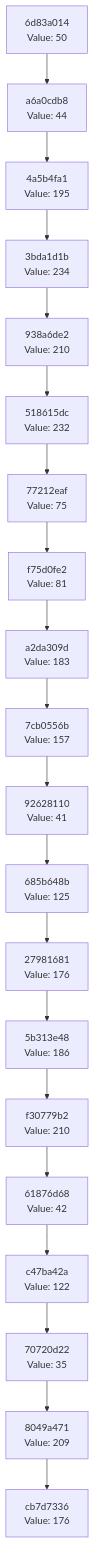
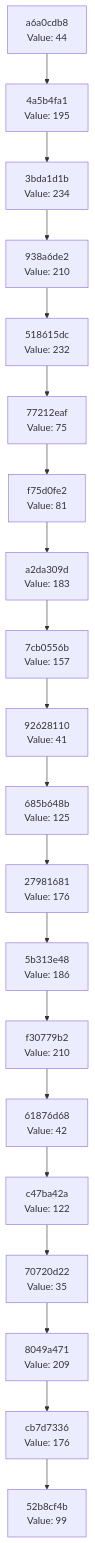
The diagram in docs/CHAIN_VISUALIZATION.md (Abhisheksinha1506/hash-chain-evolver), drawn with Mermaid before and after one commit. The commit also changed 2 other files, not shown here.

Commit message:
Evolution Step

````diff
--- a/docs/CHAIN_VISUALIZATION.md
+++ b/docs/CHAIN_VISUALIZATION.md
@@ -3,42 +3,42 @@
 ```mermaid
 graph TD
-    C0["cb7d7336<br/>Value: 176"]
-    C1["8049a471<br/>Value: 209"]
+    C0["52b8cf4b<br/>Value: 99"]
+    C1["cb7d7336<br/>Value: 176"]
     C1 --> C0
-    C2["70720d22<br/>Value: 35"]
+    C2["8049a471<br/>Value: 209"]
     C2 --> C1
-    C3["c47ba42a<br/>Value: 122"]
+    C3["70720d22<br/>Value: 35"]
     C3 --> C2
-    C4["61876d68<br/>Value: 42"]
+    C4["c47ba42a<br/>Value: 122"]
     C4 --> C3
-    C5["f30779b2<br/>Value: 210"]
+    C5["61876d68<br/>Value: 42"]
     C5 --> C4
-    C6["5b313e48<br/>Value: 186"]
+    C6["f30779b2<br/>Value: 210"]
     C6 --> C5
-    C7["27981681<br/>Value: 176"]
+    C7["5b313e48<br/>Value: 186"]
     C7 --> C6
-    C8["685b648b<br/>Value: 125"]
+    C8["27981681<br/>Value: 176"]
     C8 --> C7
-    C9["92628110<br/>Value: 41"]
+    C9["685b648b<br/>Value: 125"]
     C9 --> C8
-    C10["7cb0556b<br/>Value: 157"]
+    C10["92628110<br/>Value: 41"]
     C10 --> C9
-    C11["a2da309d<br/>Value: 183"]
+    C11["7cb0556b<br/>Value: 157"]
     C11 --> C10
-    C12["f75d0fe2<br/>Value: 81"]
+    C12["a2da309d<br/>Value: 183"]
     C12 --> C11
-    C13["77212eaf<br/>Value: 75"]
+    C13["f75d0fe2<br/>Value: 81"]
     C13 --> C12
-    C14["518615dc<br/>Value: 232"]
+    C14["77212eaf<br/>Value: 75"]
     C14 --> C13
-    C15["938a6de2<br/>Value: 210"]
+    C15["518615dc<br/>Value: 232"]
     C15 --> C14
-    C16["3bda1d1b<br/>Value: 234"]
+    C16["938a6de2<br/>Value: 210"]
     C16 --> C15
-    C17["4a5b4fa1<br/>Value: 195"]
+    C17["3bda1d1b<br/>Value: 234"]
     C17 --> C16
-    C18["a6a0cdb8<br/>Value: 44"]
+    C18["4a5b4fa1<br/>Value: 195"]
     C18 --> C17
-    C19["6d83a014<br/>Value: 50"]
+    C19["a6a0cdb8<br/>Value: 44"]
     C19 --> C18
 ```
````
